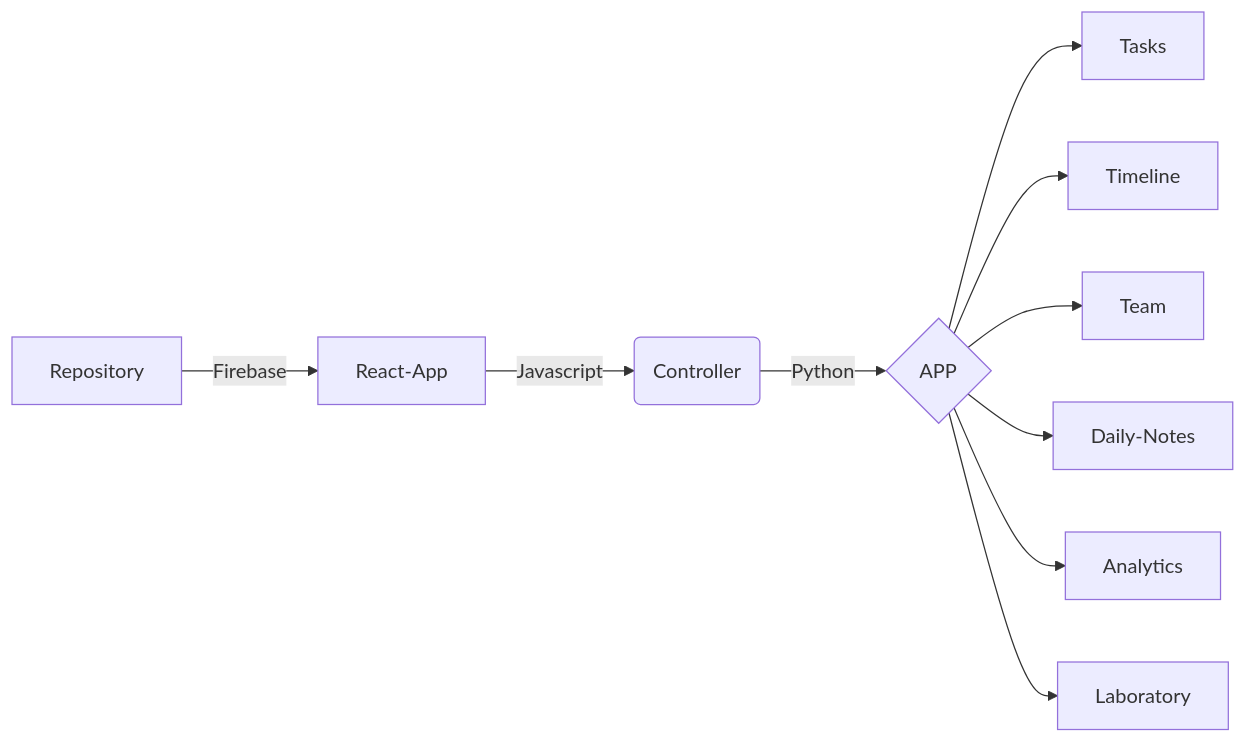
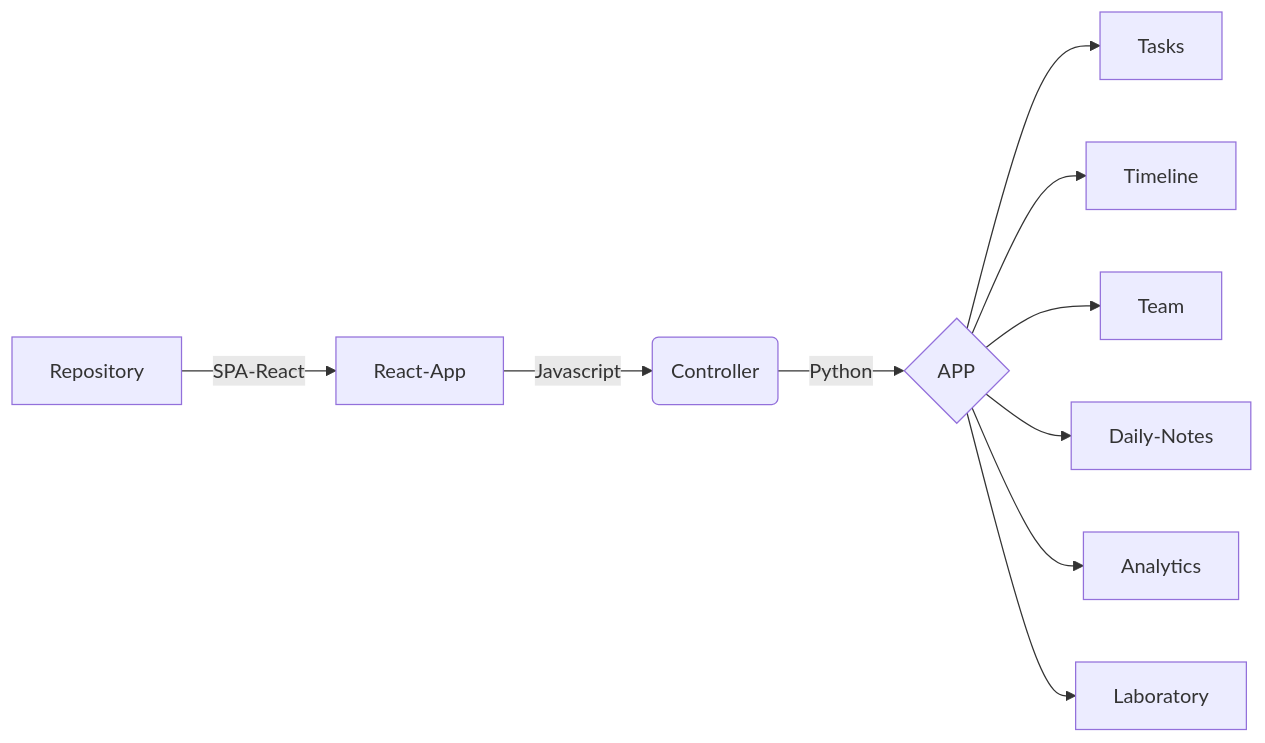
One commit to SauloCandeira/SPA-React changed the diagram in README.md. Above: the diagram before and after it, drawn with Mermaid.

````diff
--- a/README.md
+++ b/README.md
@@ -21,14 +21,14 @@
 ```mermaid
 flowchart LR
 A[View] -->|Javascript| B(Controller)
-X[Repository] -->|Firebase| A[React-App]
+X[Repository] -->|SPA-React| A[React-App]
 B --> |Python| C{APP}
 
 C --> J[Tasks]
 C --> K[Timeline]
 C --> L[Team]
 C --> M[Daily-Notes]
 C --> N[Analytics]
 C --> O[Laboratory]
 
 ```
````
